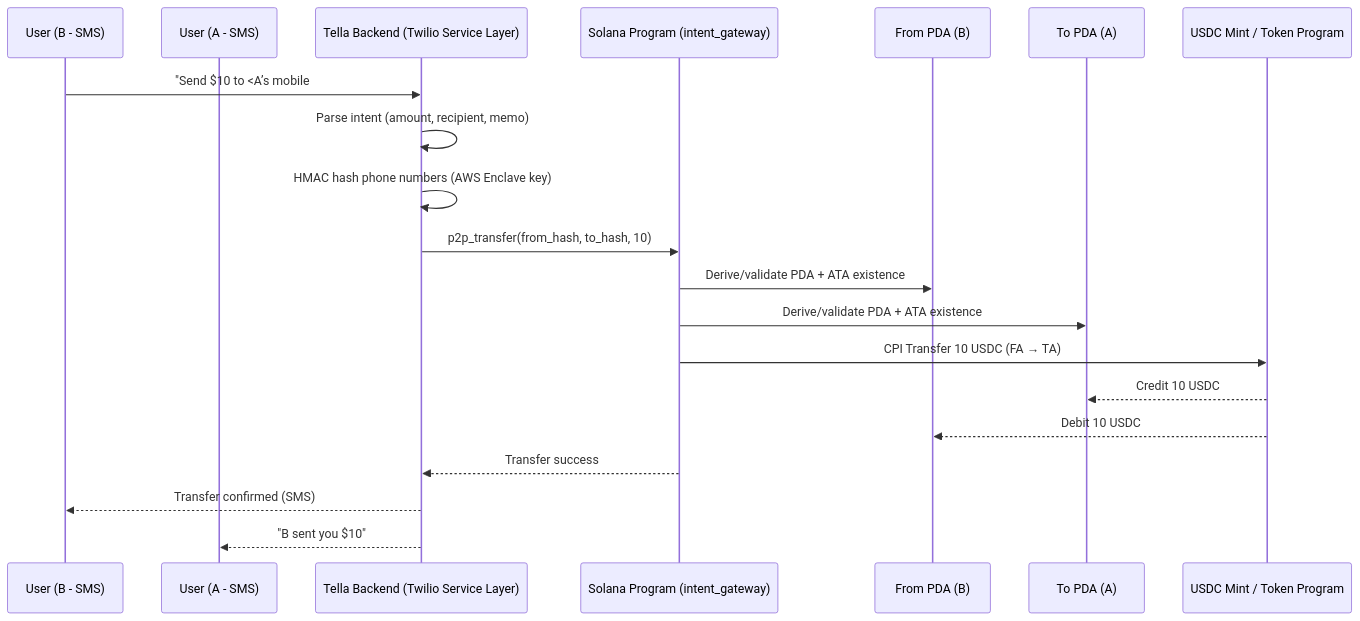
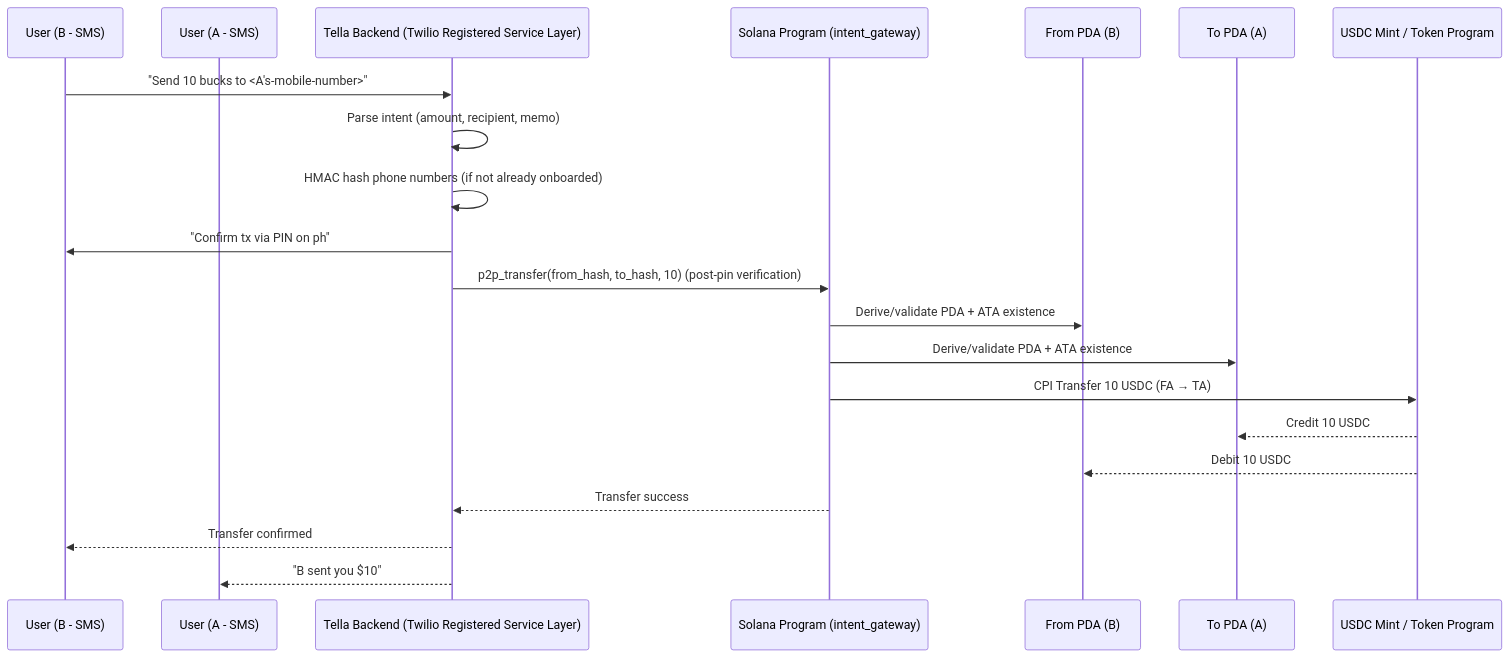
One commit to jungledesh/intent_gateway changed the diagram in README.md. Above: the diagram before and after it, drawn with Mermaid. The commit also changed other lines of this file and 1 other file, not shown here.

````diff
--- a/README.md
+++ b/README.md
@@ -70,26 +69,27 @@
 ```mermaid
 sequenceDiagram
     participant U as User (B - SMS)
     participant TAU as User (A - SMS)
-    participant T as Tella Backend (Twilio Service Layer)
+    participant T as Tella Backend (Twilio Registered Service Layer)
     participant P as Solana Program (intent_gateway)
     participant FA as From PDA (B)
     participant TA as To PDA (A)
     participant USDC as USDC Mint / Token Program
 
-    U->>T: "Send $10 to <A’s mobile #>"
+    U->>T: "Send 10 bucks to <A's-mobile-number>"
     T->>T: Parse intent (amount, recipient, memo)
-    T->>T: HMAC hash phone numbers (AWS Enclave key)
-    T->>P: p2p_transfer(from_hash, to_hash, 10)
+    T->>T: HMAC hash phone numbers (if not already onboarded)
+    T->>U: "Confirm tx via PIN on ph"
+    T->>P: p2p_transfer(from_hash, to_hash, 10) (post-pin verification)
 
     P->>FA: Derive/validate PDA + ATA existence
     P->>TA: Derive/validate PDA + ATA existence
     P->>USDC: CPI Transfer 10 USDC (FA → TA)
 
     USDC-->>TA: Credit 10 USDC
     USDC-->>FA: Debit 10 USDC
     P-->>T: Transfer success
 
-    T-->>U: Transfer confirmed (SMS)
+    T-->>U: Transfer confirmed
     T-->>TAU: "B sent you $10"
 ```
````
